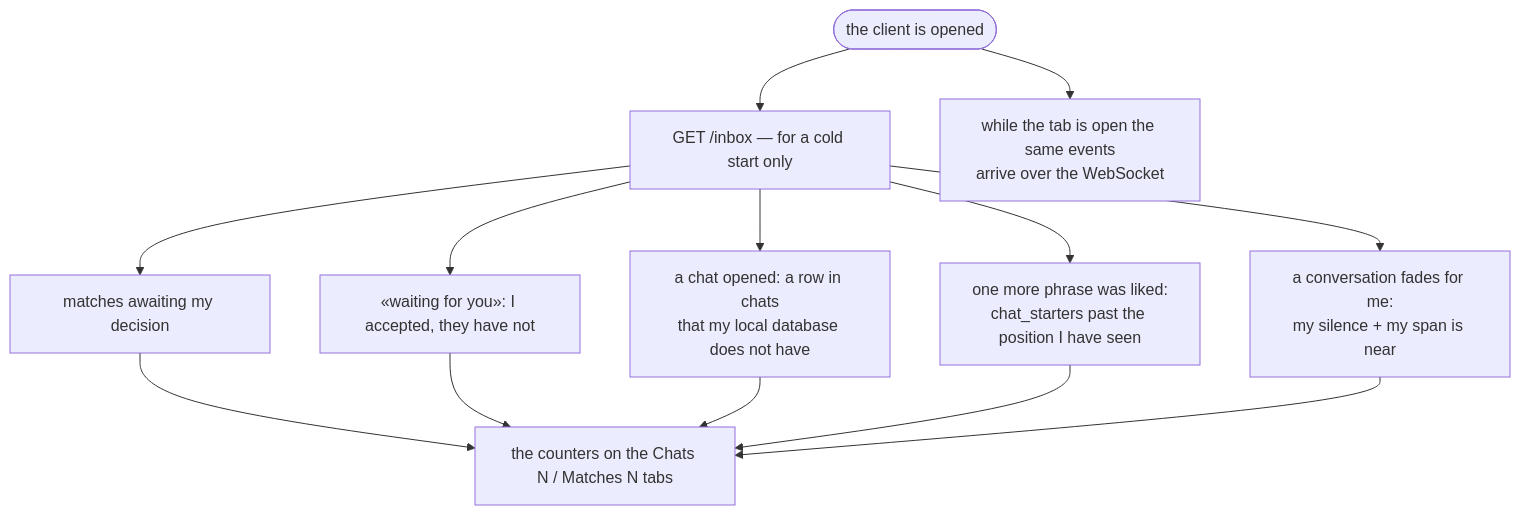
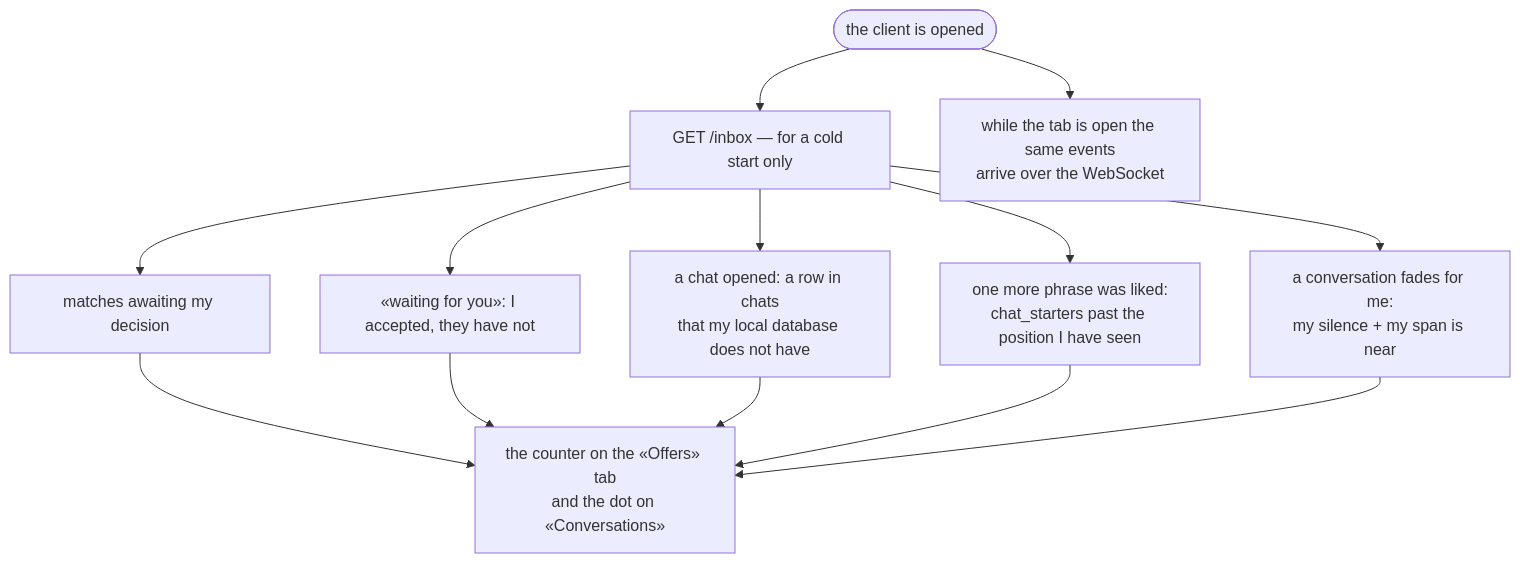
Before and after one commit to panov-id/xor.ad: diagram 25 of 30 in docs/chat-flows_EN.md, drawn with Mermaid. The commit also changed 3 other files, not shown here.

First line of the commit message:
Retire the Matches tab and the single match timer in the spec and the flows

````diff
--- a/docs/chat-flows_EN.md
+++ b/docs/chat-flows_EN.md
@@ -841,15 +841,15 @@
 ```mermaid
 flowchart TD
   open(["the client is opened"]) --> cold["GET /inbox — for a cold start only"]
   cold --> q1["matches awaiting my decision"]
   cold --> q2["«waiting for you»: I accepted, they have not"]
   cold --> q3["a chat opened: a row in chats<br/>that my local database does not have"]
   cold --> q4["one more phrase was liked:<br/>chat_starters past the position I have seen"]
   cold --> q5["a conversation fades for me:<br/>my silence + my span is near"]
-  q1 --> tabs["the counters on the Chats N / Matches N tabs"]
+  q1 --> tabs["the counter on the «Offers» tab<br/>and the dot on «Conversations»"]
   q2 --> tabs
   q3 --> tabs
   q4 --> tabs
   q5 --> tabs
   open --> ws["while the tab is open the same events<br/>arrive over the WebSocket"]
 ```
````
